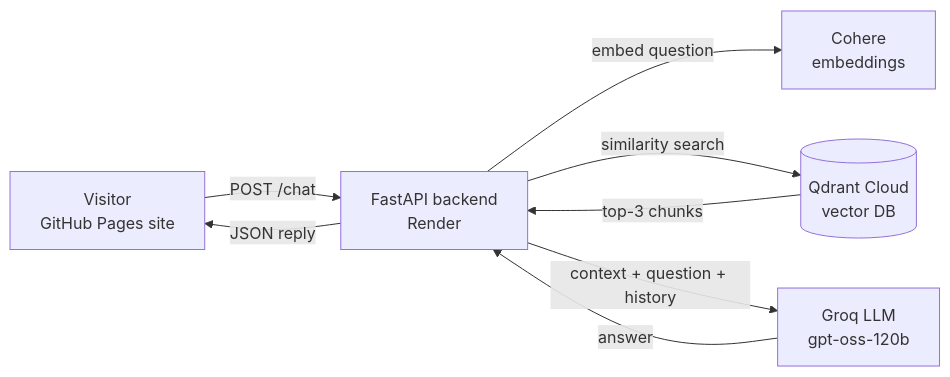
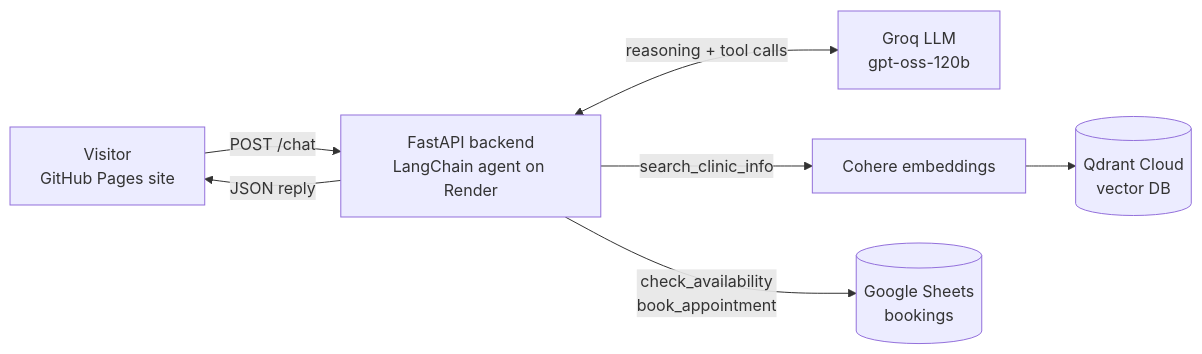
One commit to salu12776/salman-physio-chatbot changed the diagram in README.md. Above: the diagram before and after it, drawn with Mermaid. The commit also changed other lines of this file, not shown here.

````diff
--- a/README.md
+++ b/README.md
@@ -19,10 +21,9 @@
 ```mermaid
 flowchart LR
-    A[Visitor<br/>GitHub Pages site] -->|POST /chat| B[FastAPI backend<br/>Render]
-    B -->|embed question| C[Cohere<br/>embeddings]
-    B -->|similarity search| D[(Qdrant Cloud<br/>vector DB)]
-    D -->|top-3 chunks| B
-    B -->|context + question + history| E[Groq LLM<br/>gpt-oss-120b]
-    E -->|answer| B
+    A[Visitor<br/>GitHub Pages site] -->|POST /chat| B[FastAPI backend<br/>LangChain agent on Render]
+    B <-->|reasoning + tool calls| E[Groq LLM<br/>gpt-oss-120b]
+    B -->|search_clinic_info| C[Cohere embeddings]
+    C --> D[(Qdrant Cloud<br/>vector DB)]
+    B -->|check_availability<br/>book_appointment| F[(Google Sheets<br/>bookings)]
     B -->|JSON reply| A
 ```
````
